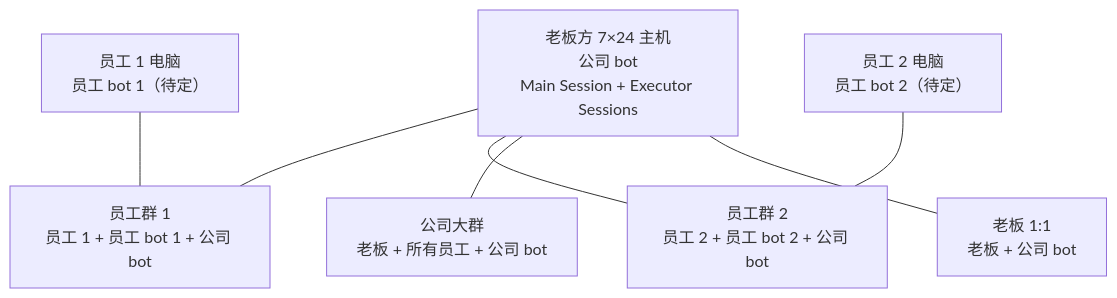
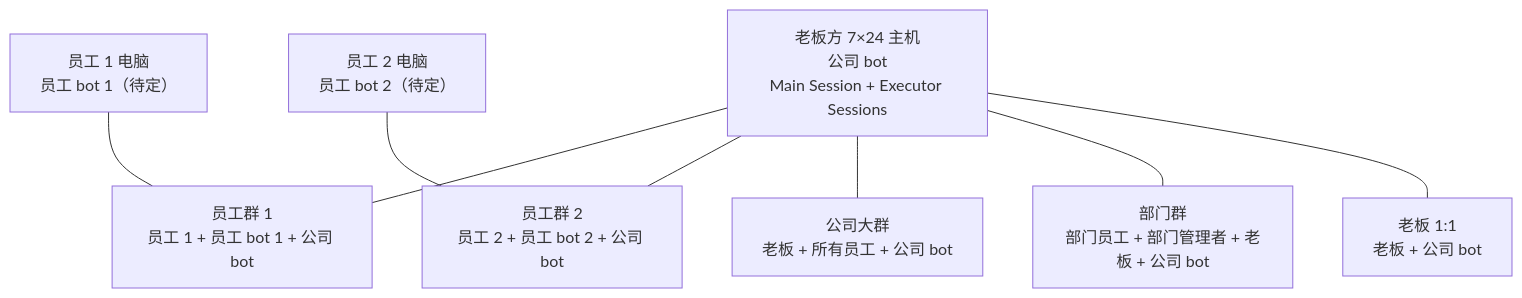
Before and after one commit to GoldenTellus/workbuddy-anc: the first of 2 diagrams in docs/FUTURE-DESIGN.md, drawn with Mermaid. The commit also changed other lines of this file and 37 other files, not shown here.

````diff
--- a/docs/FUTURE-DESIGN.md
+++ b/docs/FUTURE-DESIGN.md
@@ -162,18 +168,20 @@
 ```mermaid
 flowchart TB
   HOST["老板方 7×24 主机<br/>公司 bot<br/>Main Session + Executor Sessions"]
   PC1["员工 1 电脑<br/>员工 bot 1（待定）"]
   PC2["员工 2 电脑<br/>员工 bot 2（待定）"]
 
   G1["员工群 1<br/>员工 1 + 员工 bot 1 + 公司 bot"]
   G2["员工群 2<br/>员工 2 + 员工 bot 2 + 公司 bot"]
   G3["公司大群<br/>老板 + 所有员工 + 公司 bot"]
+  G4["部门群<br/>部门员工 + 部门管理者 + 老板 + 公司 bot"]
   D1["老板 1:1<br/>老板 + 公司 bot"]
 
   HOST --- G1
   HOST --- G2
   HOST --- G3
+  HOST --- G4
   HOST --- D1
   PC1 --- G1
   PC2 --- G2
 ```
````
